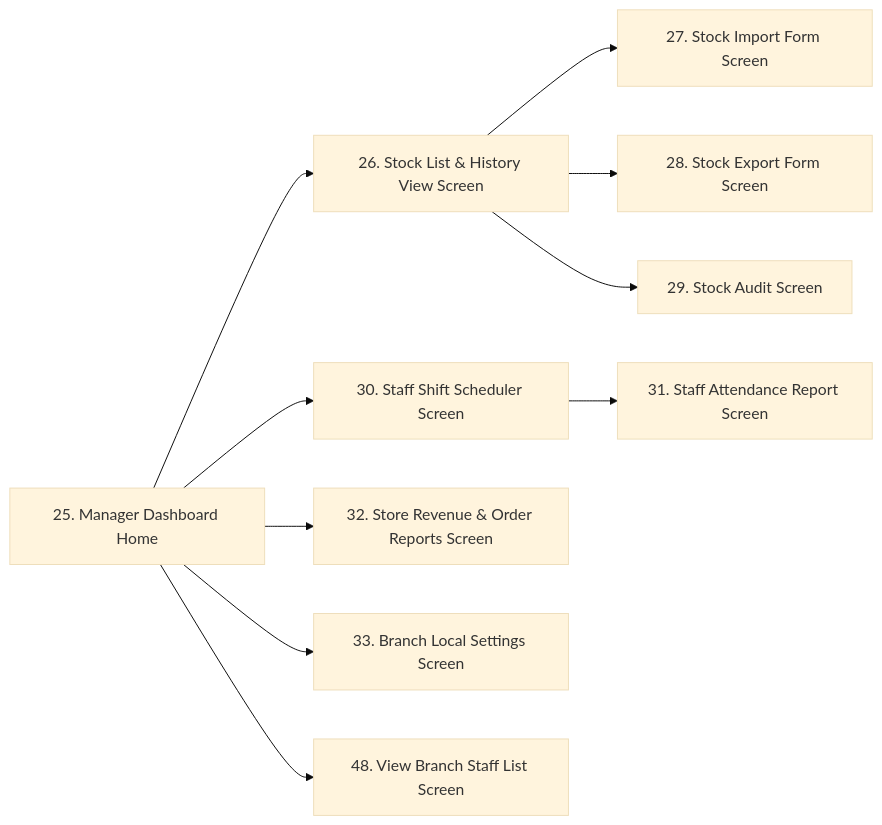
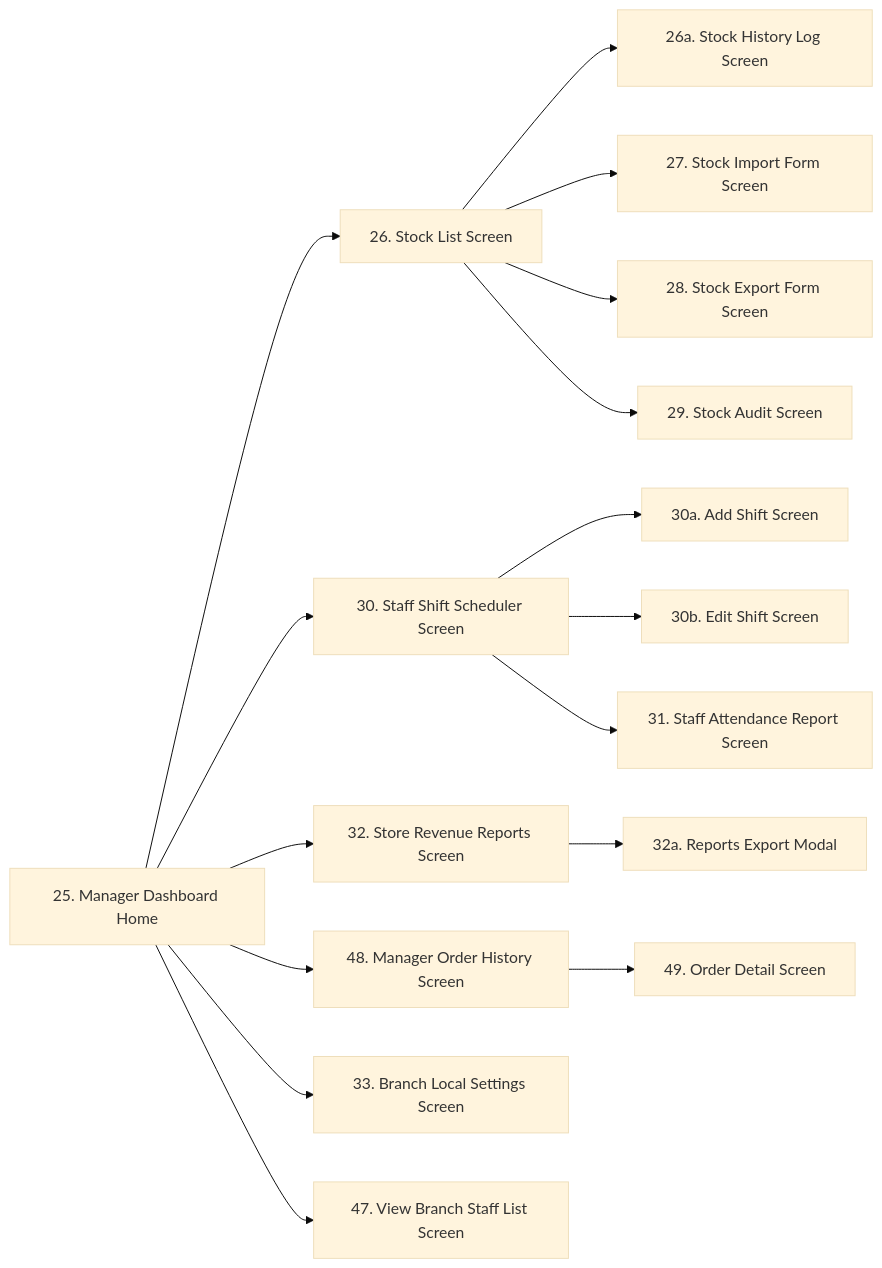
Before and after one commit to Shaichi/Khoga_coffe_shop: the third of 6 diagrams in sections/03_1_functional_overview.md, drawn with Mermaid (base theme). The commit also changed other lines of this file and 45 other files, not shown here.

````diff
--- a/sections/03_1_functional_overview.md
+++ b/sections/03_1_functional_overview.md
@@ -60,16 +60,23 @@
 ```mermaid
 graph LR
-    ManagerHome[25. Manager Dashboard Home] --> StockView[26. Stock List & History View Screen]
-    StockView --> StockImport[27. Stock Import Form Screen]
-    StockView --> StockExport[28. Stock Export Form Screen]
-    StockView --> StockAudit[29. Stock Audit Screen]
+    ManagerHome[25. Manager Dashboard Home] --> StockList[26. Stock List Screen]
+    StockList --> StockHistory[26a. Stock History Log Screen]
+    StockList --> StockImport[27. Stock Import Form Screen]
+    StockList --> StockExport[28. Stock Export Form Screen]
+    StockList --> StockAudit[29. Stock Audit Screen]
     
     ManagerHome --> ShiftSchedule[30. Staff Shift Scheduler Screen]
+    ShiftSchedule --> ScheduleAdd[30a. Add Shift Screen]
+    ShiftSchedule --> ScheduleEdit[30b. Edit Shift Screen]
     ShiftSchedule --> AttendanceReport[31. Staff Attendance Report Screen]
     
-    ManagerHome --> BranchReports[32. Store Revenue & Order Reports Screen]
+    ManagerHome --> BranchReports[32. Store Revenue Reports Screen]
+    BranchReports --> ReportsExport[32a. Reports Export Modal]
+    
+    ManagerHome --> OrderHistory[48. Manager Order History Screen]
+    OrderHistory --> OrderDetail[49. Order Detail Screen]
     
     ManagerHome --> BranchSettings[33. Branch Local Settings Screen]
     
-    ManagerHome --> ViewBranchStaff[48. View Branch Staff List Screen]
+    ManagerHome --> ViewBranchStaff[47. View Branch Staff List Screen]
 ```
````
